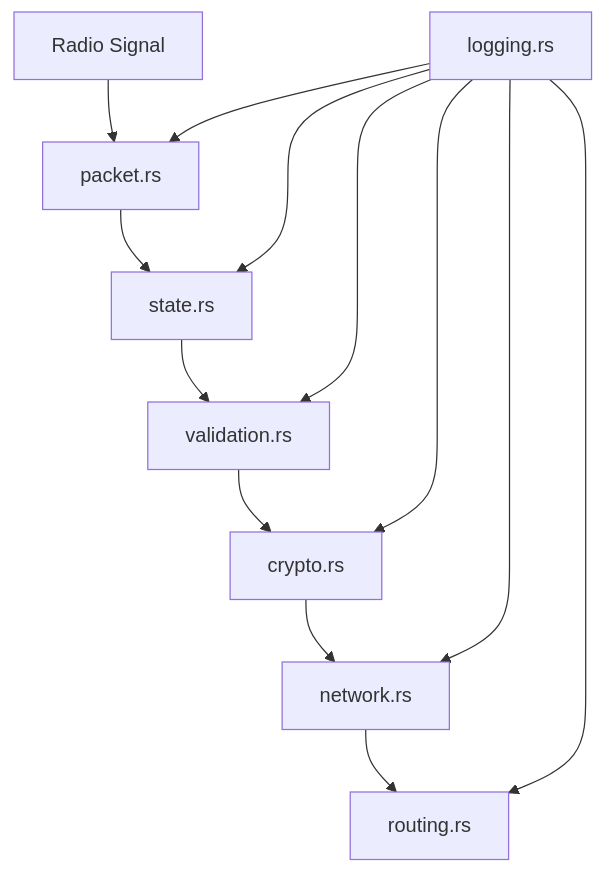
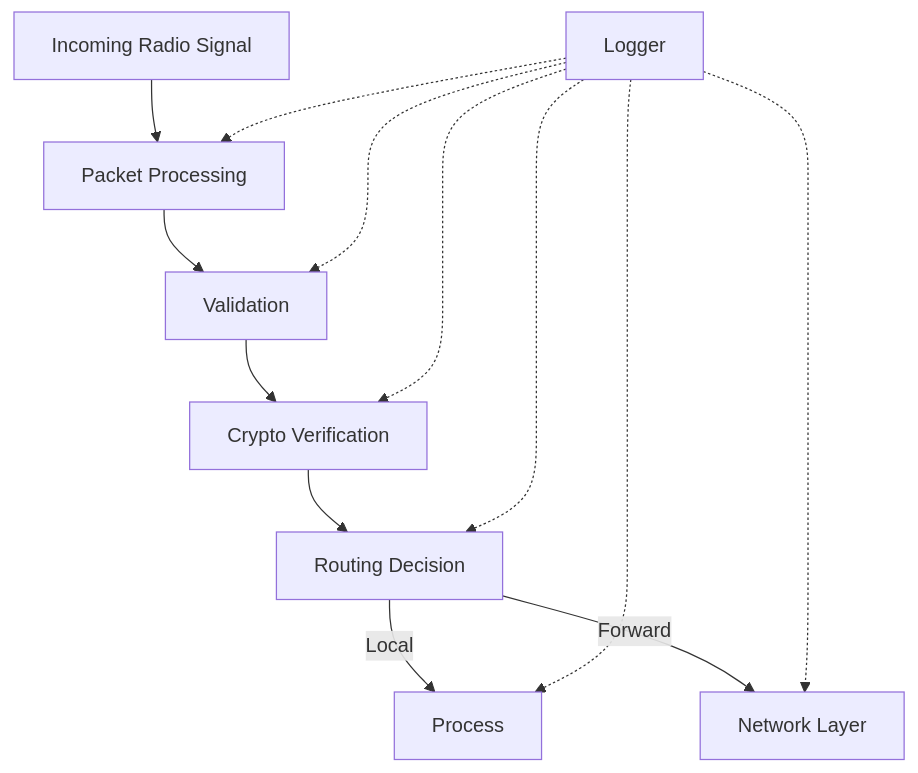
The diagram in plan_of_attack.md (spartypkp/mesh_network), drawn with Mermaid before and after one commit. The commit also changed other lines of this file and 4 other files, not shown here.

````diff
--- a/plan_of_attack.md
+++ b/plan_of_attack.md
@@ -29,16 +48,11 @@
 ```mermaid
 graph TD
-    A[Radio Signal] --> B[packet.rs]
-    B --> C[state.rs]
-    C --> D[validation.rs]
-    D --> E[crypto.rs]
-    E --> F[network.rs]
-    F --> G[routing.rs]
+    A[Incoming Radio Signal] --> B[Packet Processing]
+    B --> C[Validation]
+    C --> D[Crypto Verification]
+    D --> E[Routing Decision]
+    E -->|Local| F[Process]
+    E -->|Forward| G[Network Layer]
     
-    H[logging.rs] --> B
-    H --> C
-    H --> D
-    H --> E
-    H --> F
-    H --> G
+    H[Logger] -.-> B & C & D & E & F & G
 ```
````
